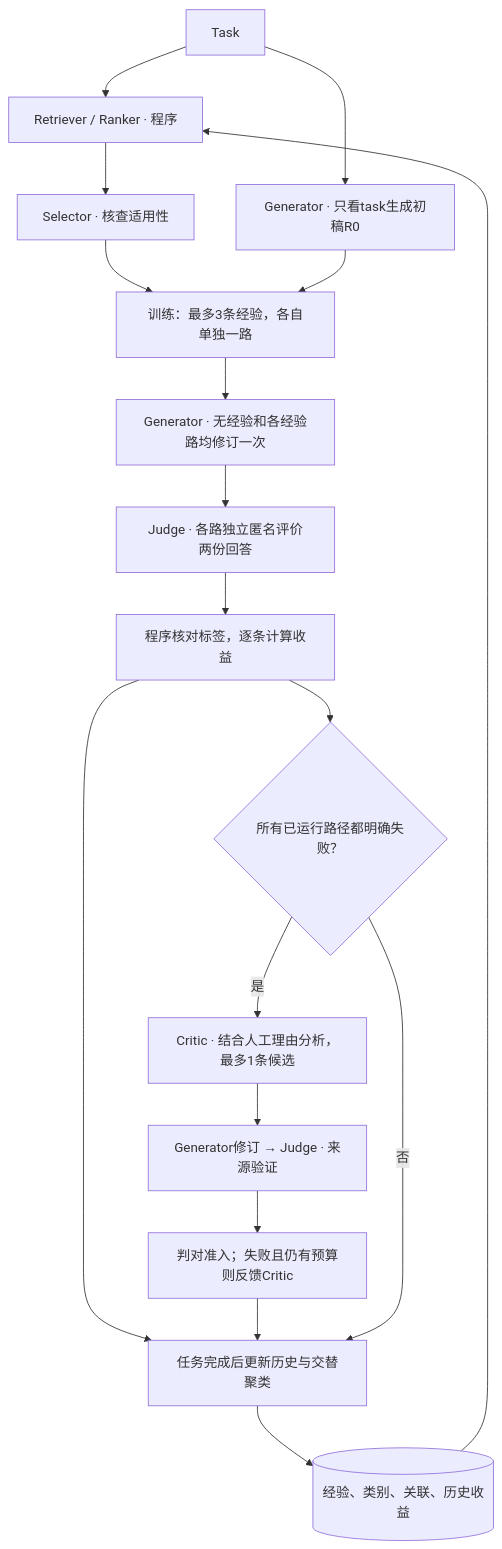
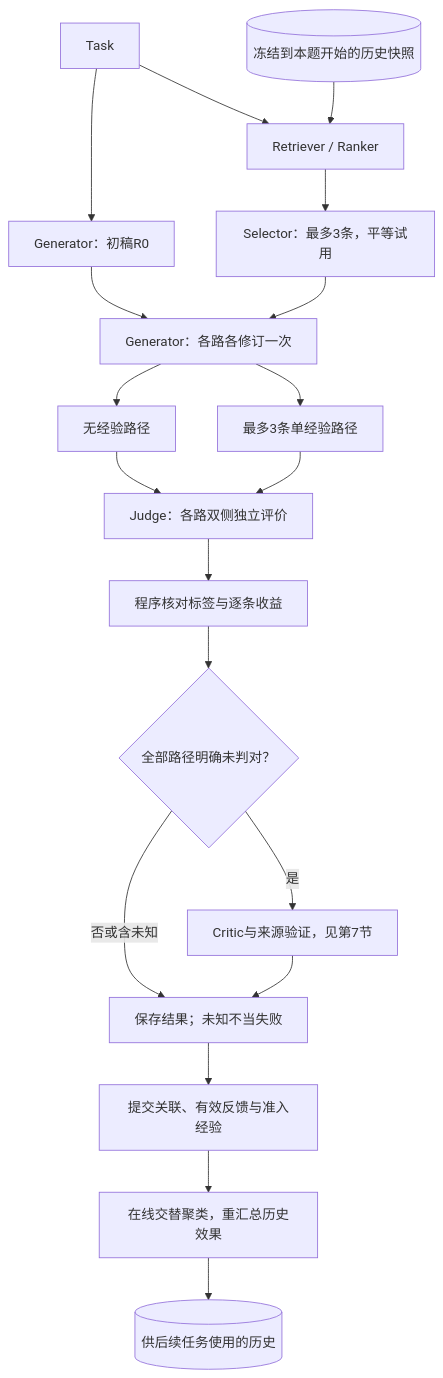
The diagram in docs/设计方案.md (ykn0309/VERGE), drawn with Mermaid before and after one commit. The commit also changed other lines of this file and 4 other files, not shown here.

````diff
--- a/docs/设计方案.md
+++ b/docs/设计方案.md
@@ -25,20 +139,21 @@
 ```mermaid
 flowchart TD
-    T[Task] --> R[Retriever / Ranker · 程序]
-    H[(经验、类别、关联、历史收益)] --> R
-    R --> S[Selector · 核查适用性]
-    T --> G0[Generator · 只看task生成初稿R0]
-    S --> X[训练：最多3条经验，各自单独一路]
-    G0 --> X
-    X --> G[Generator · 无经验和各经验路均修订一次]
-    G --> J[Judge · 各路独立匿名评价两份回答]
-    J --> F[程序核对标签，逐条计算收益]
-    F --> D{所有已运行路径都明确失败？}
-    D -->|是| C[Critic · 结合人工理由分析，最多1条候选]
-    C --> V[Generator修订 → Judge · 来源验证]
-    V --> A[判对准入；失败且仍有预算则反馈Critic]
-    F --> U[任务完成后更新历史与交替聚类]
-    A --> U
-    D -->|否| U
-    U --> H
+    T[Task] --> R[Retriever / Ranker]
+    H[(冻结到本题开始的历史快照)] --> R
+    R --> S[Selector：最多3条，平等试用]
+    T --> G0[Generator：初稿R0]
+    G0 --> G[Generator：各路各修订一次]
+    S --> G
+    G --> N[无经验路径]
+    G --> E[最多3条单经验路径]
+    N --> J[Judge：各路双侧独立评价]
+    E --> J
+    J --> F[程序核对标签与逐条收益]
+    F --> C{全部路径明确未判对？}
+    C -->|是| CR[Critic与来源验证，见第7节]
+    C -->|否或含未知| U[保存结果；未知不当失败]
+    CR --> U
+    U --> M[提交关联、有效反馈与准入经验]
+    M --> CL[在线交替聚类，重汇总历史效果]
+    CL --> H2[(供后续任务使用的历史)]
 ```
````
